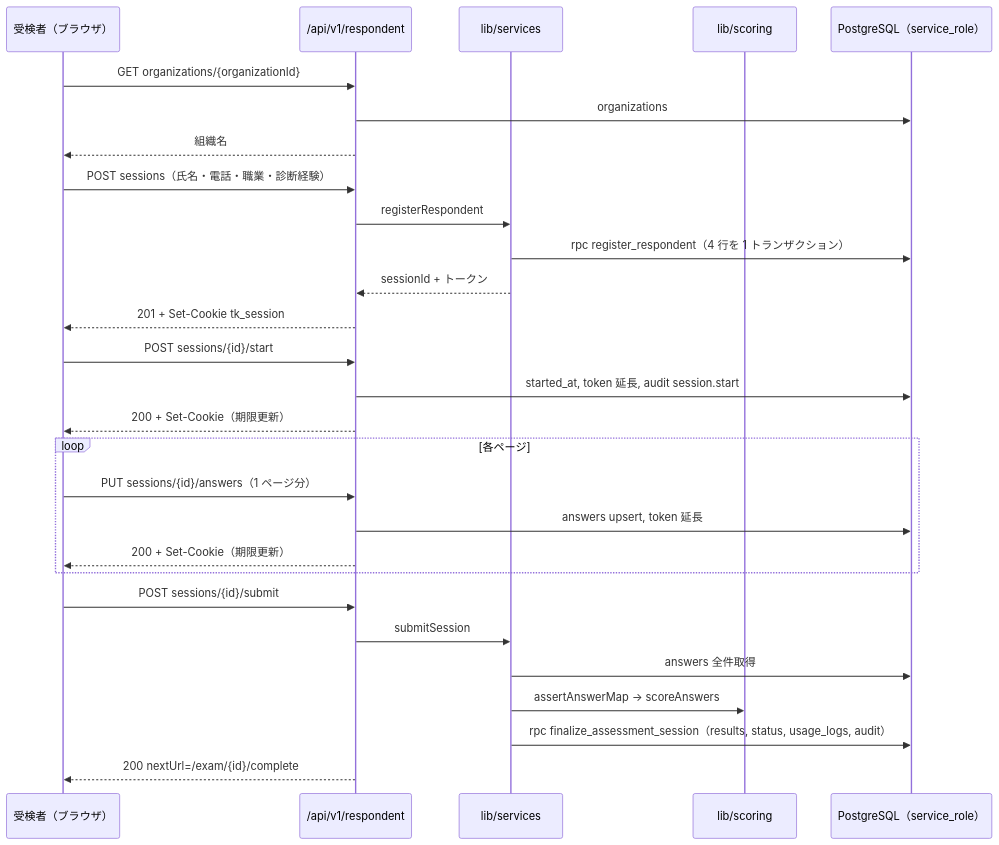
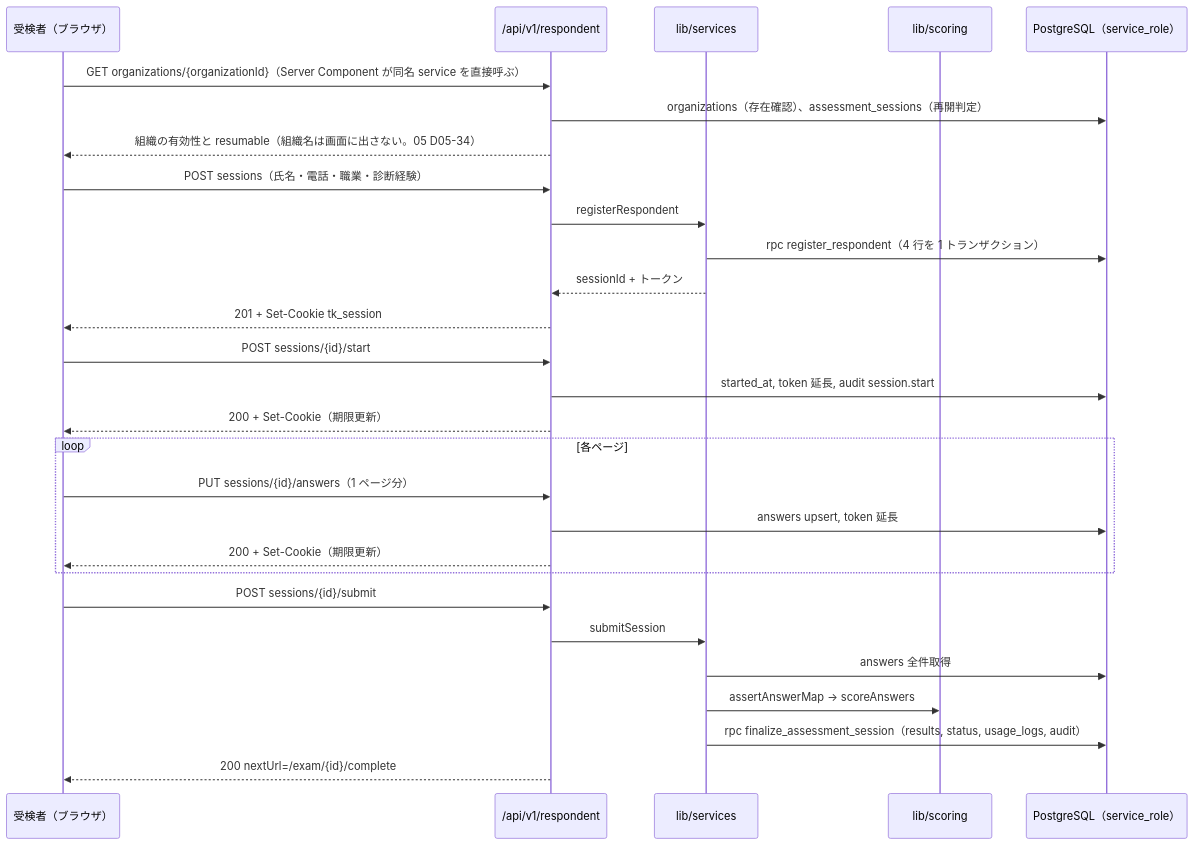
The third of 6 diagrams in docs/基本設計/04_API設計.md (tanukichiyamaguchi/Tekisei-Kensa), drawn with Mermaid before and after one commit. The commit also changed other lines of this file and 10 other files, not shown here.

````diff
--- a/docs/基本設計/04_API設計.md
+++ b/docs/基本設計/04_API設計.md
@@ -1129,30 +1139,30 @@
 ```mermaid
 sequenceDiagram
     participant R as 受検者（ブラウザ）
     participant API as /api/v1/respondent
     participant S as lib/services
     participant SC as lib/scoring
     participant DB as PostgreSQL（service_role）
-    R->>API: GET organizations/{organizationId}
-    API->>DB: organizations
-    API-->>R: 組織名
+    R->>API: GET organizations/{organizationId}（Server Component が同名 service を直接呼ぶ）
+    API->>DB: organizations（存在確認）、assessment_sessions（再開判定）
+    API-->>R: 組織の有効性と resumable（組織名は画面に出さない。05 D05-34）
     R->>API: POST sessions（氏名・電話・職業・診断経験）
     API->>S: registerRespondent
     S->>DB: rpc register_respondent（4 行を 1 トランザクション）
     S-->>API: sessionId + トークン
     API-->>R: 201 + Set-Cookie tk_session
     R->>API: POST sessions/{id}/start
     API->>DB: started_at, token 延長, audit session.start
     API-->>R: 200 + Set-Cookie（期限更新）
     loop 各ページ
         R->>API: PUT sessions/{id}/answers（1 ページ分）
         API->>DB: answers upsert, token 延長
         API-->>R: 200 + Set-Cookie（期限更新）
     end
     R->>API: POST sessions/{id}/submit
     API->>S: submitSession
     S->>DB: answers 全件取得
     S->>SC: assertAnswerMap → scoreAnswers
     S->>DB: rpc finalize_assessment_session（results, status, usage_logs, audit）
     API-->>R: 200 nextUrl=/exam/{id}/complete
 ```
````
